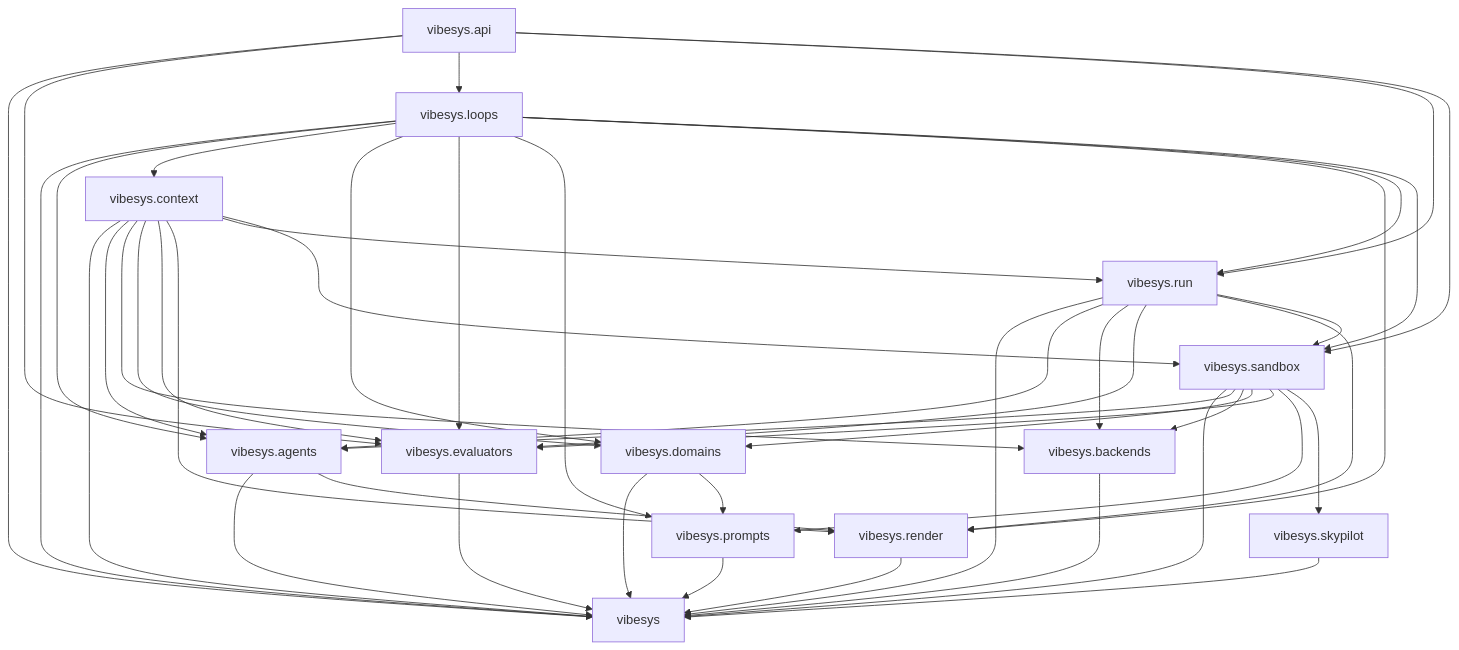
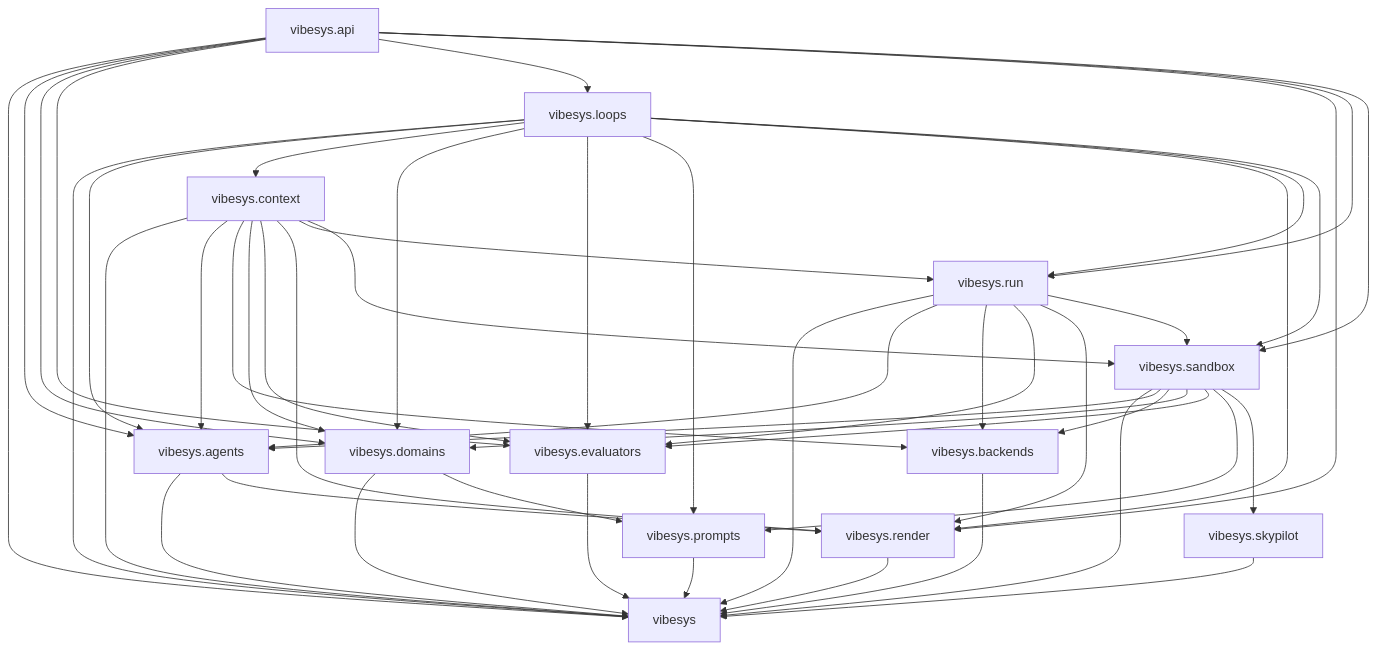
One commit to uw-syfi/vibesys changed the second of 3 diagrams in docs/contributing/architecture.md. Above: the diagram before and after it, drawn with Mermaid. The commit also changed other lines of this file and 1 other file, not shown here.

First line of the commit message:
refactor: enforce the vibesys.api boundary for server (Wave 6b)

````diff
--- a/docs/contributing/architecture.md
+++ b/docs/contributing/architecture.md
@@ -48,47 +50,50 @@
 ```mermaid
 graph TD
     vibesys.agents --> vibesys
     vibesys.agents --> vibesys.render
     vibesys.api --> vibesys
+    vibesys.api --> vibesys.agents
+    vibesys.api --> vibesys.domains
     vibesys.api --> vibesys.evaluators
     vibesys.api --> vibesys.loops
+    vibesys.api --> vibesys.render
     vibesys.api --> vibesys.run
     vibesys.api --> vibesys.sandbox
     vibesys.backends --> vibesys
     vibesys.context --> vibesys
     vibesys.context --> vibesys.agents
     vibesys.context --> vibesys.backends
     vibesys.context --> vibesys.domains
     vibesys.context --> vibesys.evaluators
     vibesys.context --> vibesys.render
     vibesys.context --> vibesys.run
     vibesys.context --> vibesys.sandbox
     vibesys.domains --> vibesys
     vibesys.domains --> vibesys.prompts
     vibesys.evaluators --> vibesys
     vibesys.loops --> vibesys
     vibesys.loops --> vibesys.agents
     vibesys.loops --> vibesys.context
     vibesys.loops --> vibesys.domains
     vibesys.loops --> vibesys.evaluators
     vibesys.loops --> vibesys.prompts
     vibesys.loops --> vibesys.render
     vibesys.loops --> vibesys.run
     vibesys.loops --> vibesys.sandbox
     vibesys.prompts --> vibesys
     vibesys.render --> vibesys
     vibesys.run --> vibesys
     vibesys.run --> vibesys.agents
     vibesys.run --> vibesys.backends
     vibesys.run --> vibesys.evaluators
     vibesys.run --> vibesys.render
     vibesys.run --> vibesys.sandbox
     vibesys.sandbox --> vibesys
     vibesys.sandbox --> vibesys.agents
     vibesys.sandbox --> vibesys.backends
     vibesys.sandbox --> vibesys.domains
     vibesys.sandbox --> vibesys.evaluators
     vibesys.sandbox --> vibesys.prompts
     vibesys.sandbox --> vibesys.skypilot
     vibesys.skypilot --> vibesys
 ```
````
